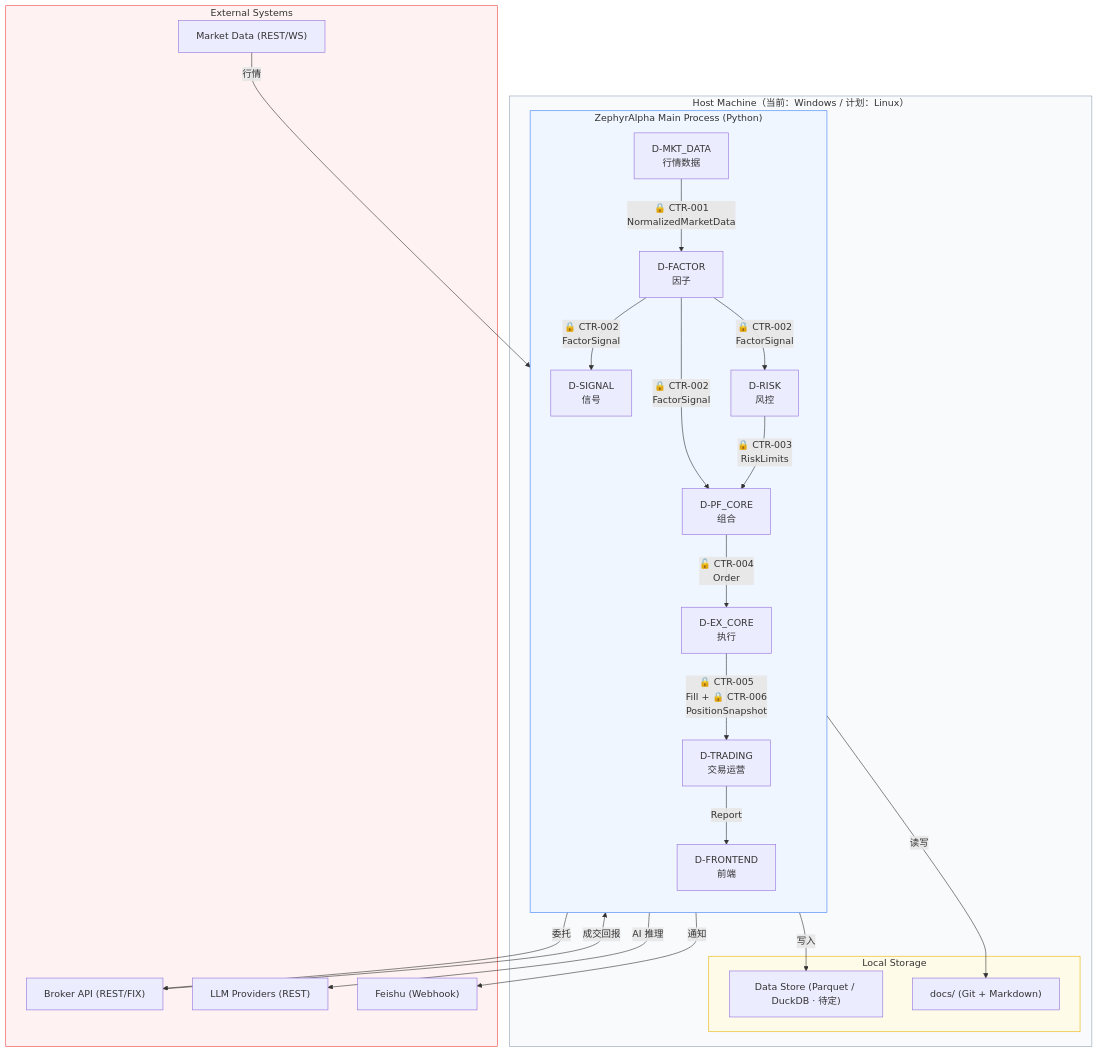
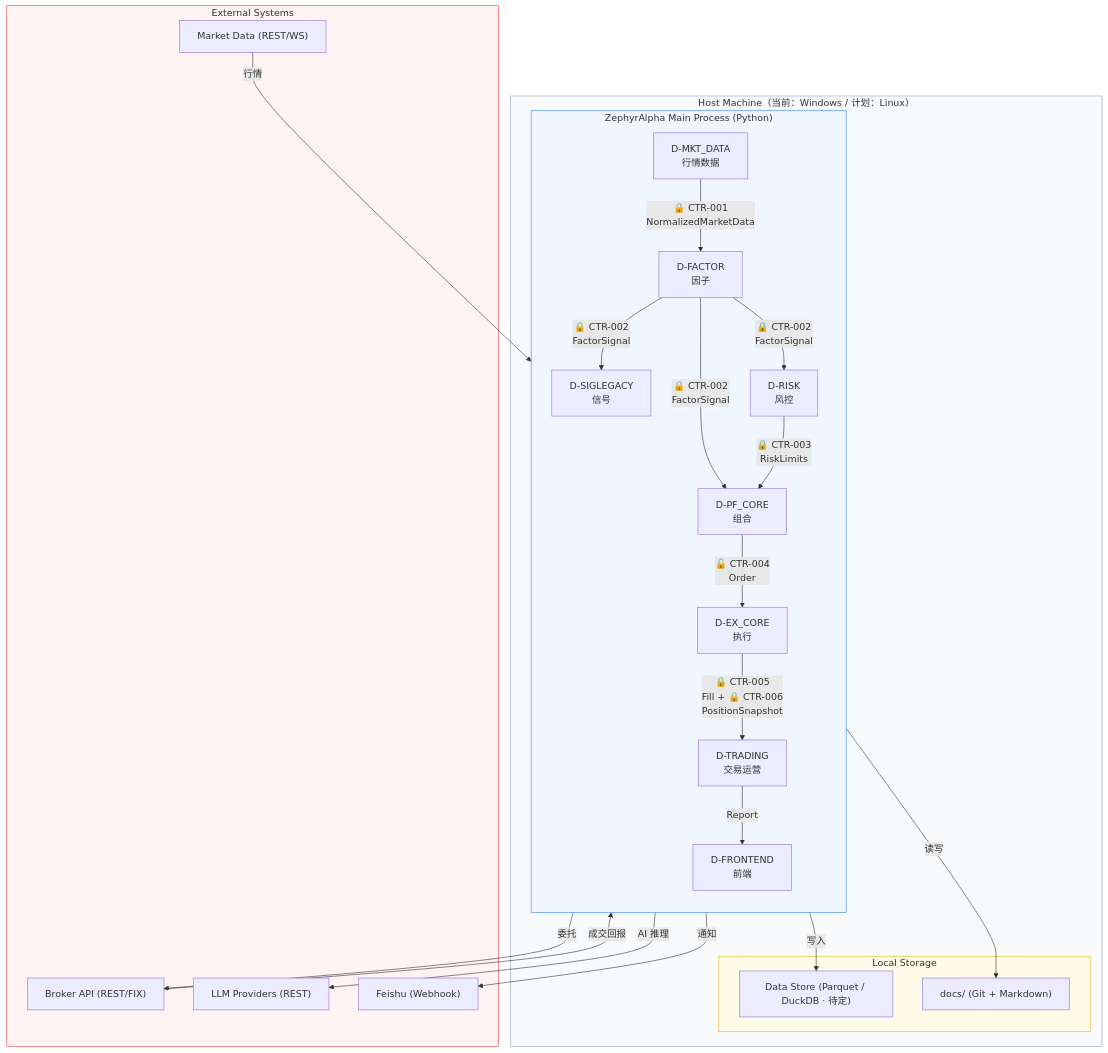
Before and after one commit to xuanFelixVan/ZephyrAlpha: the diagram in docs/02_enterprise_architecture/target_architecture/diagrams/runtime_topology.mmd, drawn with Mermaid. The commit also changed 239 other files, not shown here.

```diff
--- a/docs/02_enterprise_architecture/target_architecture/diagrams/runtime_topology.mmd
+++ b/docs/02_enterprise_architecture/target_architecture/diagrams/runtime_topology.mmd
@@ -1,45 +1,45 @@
-%% 重写时间: 2026-06-23 (DM-200913 Phase4-B)
-%% 基于§2.1裁定: 14层降级为域属性，43域为唯一物理分类体系
+%% 重写时间: 2026-06-25 (DM-200913 Phase4-B)
+%% 基于§2.1裁定: 14层降级为域属性，52域为唯一物理分类体系
 %% 数据源: depgraph.db
 %% 图例: 🔒 = frozen (不可变契约) | 🔓 = mutable (可变契约，状态机)
 %% 契约真源: architecture_model/contracts/cross_layer_contracts.yaml
 
 %% Source: technology_architecture.md §3.2
-%% v2.0.0: 14层节点→43域节点，保留P0跨层契约标注
+%% v2.0.0: 14层节点→52域节点，保留P0跨层契约标注
 
 graph TD
     subgraph HOST["Host Machine（当前：Windows / 计划：Linux）"]
         subgraph MAIN["ZephyrAlpha Main Process (Python)"]
             direction TB
             D_MKT_DATA["D-MKT_DATA<br/>行情数据"] -->|"🔒 CTR-001<br/>NormalizedMarketData"| D_FACTOR["D-FACTOR<br/>因子"]
-            D_FACTOR -->|"🔒 CTR-002<br/>FactorSignal"| D_SIGNAL["D-SIGNAL<br/>信号"]
+            D_FACTOR -->|"🔒 CTR-002<br/>FactorSignal"| D_SIGNAL["D-SIGLEGACY<br/>信号"]
             D_FACTOR -->|"🔒 CTR-002<br/>FactorSignal"| D_RISK["D-RISK<br/>风控"]
             D_FACTOR -->|"🔒 CTR-002<br/>FactorSignal"| D_PF_CORE["D-PF_CORE<br/>组合"]
             D_RISK -->|"🔒 CTR-003<br/>RiskLimits"| D_PF_CORE
             D_PF_CORE -->|"🔓 CTR-004<br/>Order"| D_EX_CORE["D-EX_CORE<br/>执行"]
             D_EX_CORE -->|"🔒 CTR-005<br/>Fill + 🔒 CTR-006<br/>PositionSnapshot"| D_TRADING["D-TRADING<br/>交易运营"]
             D_TRADING -->|"Report"| D_FRONTEND["D-FRONTEND<br/>前端"]
         end
         subgraph STORAGE["Local Storage"]
             DB["Data Store (Parquet / DuckDB · 待定)"]
             DOCS["docs/ (Git + Markdown)"]
         end
         MAIN -->|"写入"| DB
         MAIN -->|"读写"| DOCS
     end
     subgraph EXT["External Systems"]
         MKT["Market Data (REST/WS)"]
         BRK["Broker API (REST/FIX)"]
         LLM["LLM Providers (REST)"]
         FEISHU["Feishu (Webhook)"]
     end
     MKT -->|"行情"| D_MKT_DATA
     D_EX_CORE -->|"委托"| BRK
     BRK -->|"成交回报"| D_EX_CORE
     D_FRONTEND -->|"AI 推理"| LLM
     D_FRONTEND -->|"通知"| FEISHU
 
     style MAIN fill:#eff6ff,stroke:#3b82f6
     style HOST fill:#f8fafc,stroke:#94a3b8
     style EXT fill:#fef2f2,stroke:#ef4444
     style STORAGE fill:#fefce8,stroke:#eab308
```
